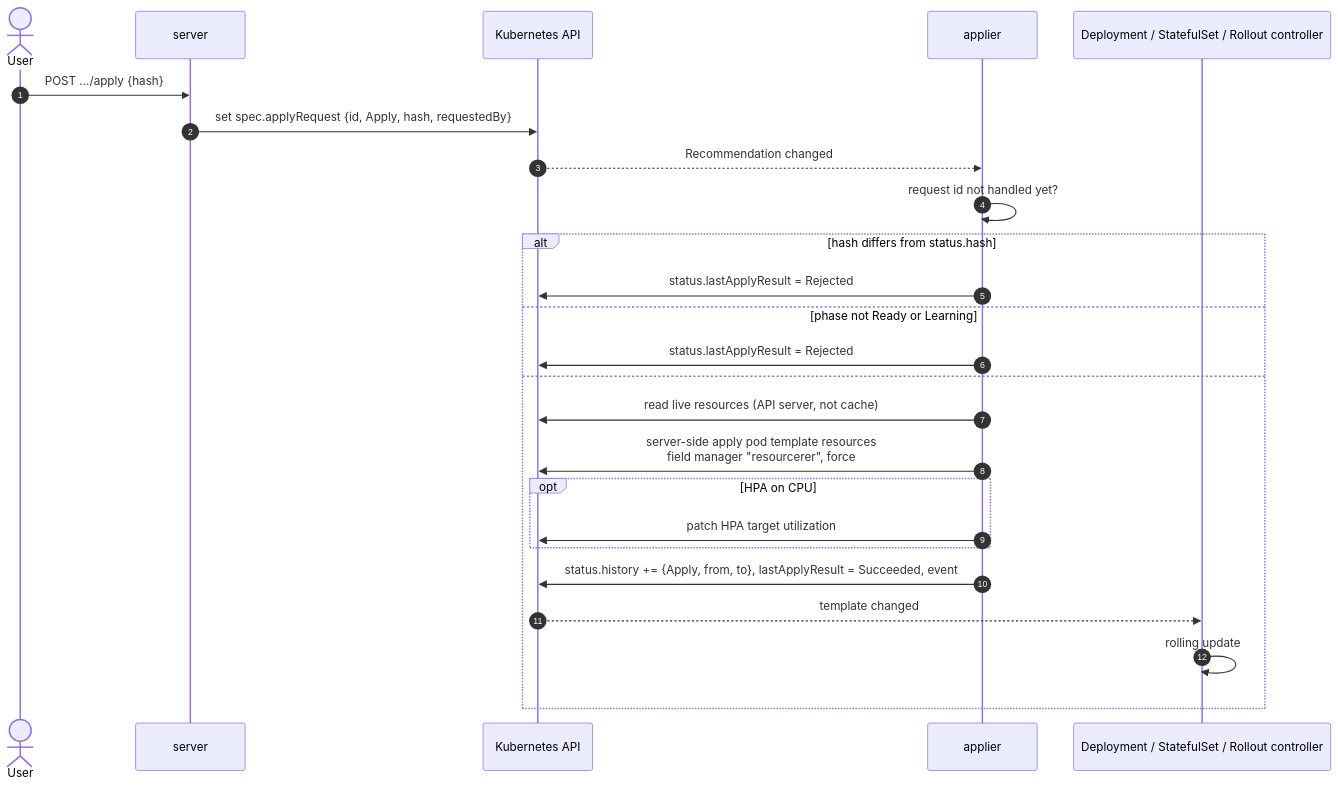
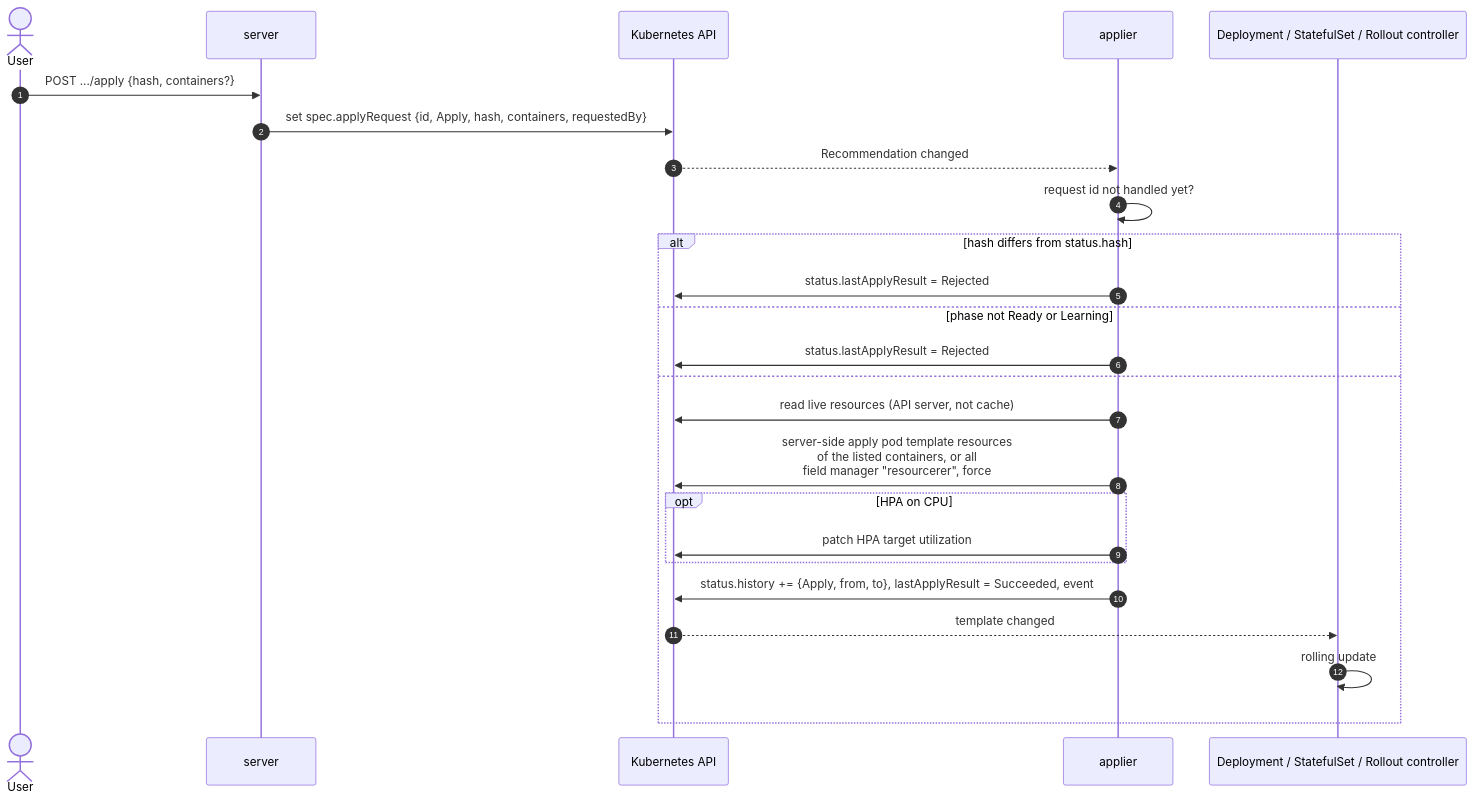
Before and after one commit to gjbravi/resourcerer: the ninth of 12 diagrams in docs/architecture.md, drawn with Mermaid. The commit also changed other lines of this file and 67 other files, not shown here.

````diff
--- a/docs/architecture.md
+++ b/docs/architecture.md
@@ -274,28 +322,28 @@
 ```mermaid
 sequenceDiagram
     autonumber
     actor U as User
     participant S as server
     participant K as Kubernetes API
     participant A as applier
     participant W as Deployment / StatefulSet / Rollout controller
 
-    U->>S: POST .../apply {hash}
-    S->>K: set spec.applyRequest {id, Apply, hash, requestedBy}
+    U->>S: POST .../apply {hash, containers?}
+    S->>K: set spec.applyRequest {id, Apply, hash, containers, requestedBy}
     K-->>A: Recommendation changed
     A->>A: request id not handled yet?
     alt hash differs from status.hash
         A->>K: status.lastApplyResult = Rejected
     else phase not Ready or Learning
         A->>K: status.lastApplyResult = Rejected
     else
         A->>K: read live resources (API server, not cache)
-        A->>K: server-side apply pod template resources<br/>field manager "resourcerer", force
+        A->>K: server-side apply pod template resources<br/>of the listed containers, or all<br/>field manager "resourcerer", force
         opt HPA on CPU
             A->>K: patch HPA target utilization
         end
         A->>K: status.history += {Apply, from, to}, lastApplyResult = Succeeded, event
         K-->>W: template changed
         W->>W: rolling update
     end
 ```
````
